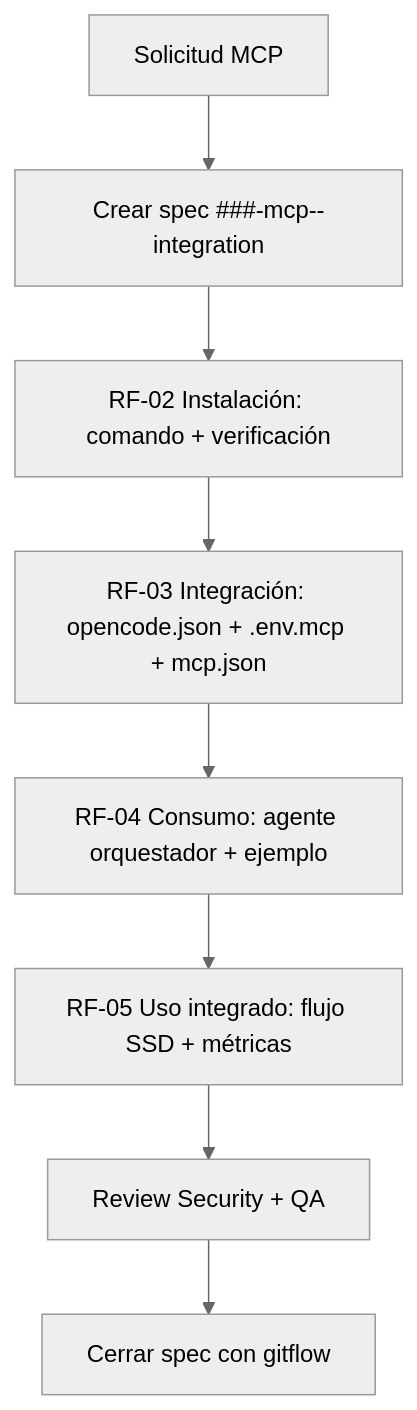
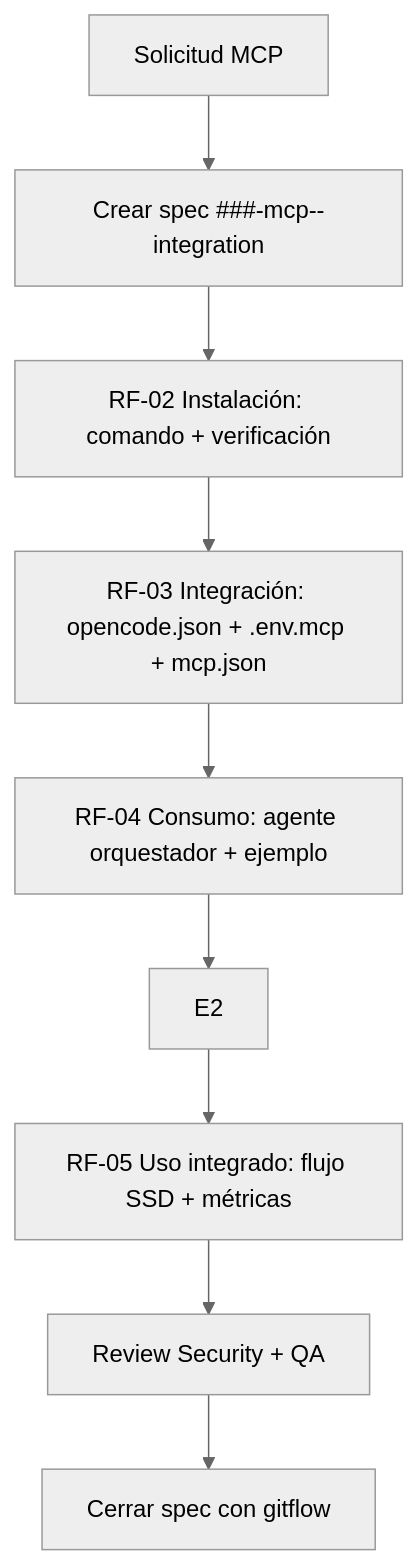
One commit to BUSCADO-LA-VIDA/Agents_IA_TECH changed the diagram in Documentacion/Agents_IA_TECH/specs/000-mcp-integracion/000-mcp-integracion-estandar.md. Above: the diagram before and after it, drawn with Mermaid (neutral theme). The commit also changed other lines of this file and 46 other files, not shown here.

````diff
--- a/Documentacion/Agents_IA_TECH/specs/000-mcp-integracion/000-mcp-integracion-estandar.md
+++ b/Documentacion/Agents_IA_TECH/specs/000-mcp-integracion/000-mcp-integracion-estandar.md
@@ -121,10 +152,11 @@
 ```mermaid
 flowchart TD
     A[Solicitud MCP] --> B[Crear spec ###-mcp-<nombre>-integration]
     B --> C[RF-02 Instalación: comando + verificación]
     C --> D[RF-03 Integración: opencode.json + .env.mcp + mcp.json]
     D --> E[RF-04 Consumo: agente orquestador + ejemplo]
-    E --> F[RF-05 Uso integrado: flujo SSD + métricas]
+    E --> E2
+    E2 --> F[RF-05 Uso integrado: flujo SSD + métricas]
     F --> G[Review Security + QA]
     G --> H[Cerrar spec con gitflow]
 ```
````
